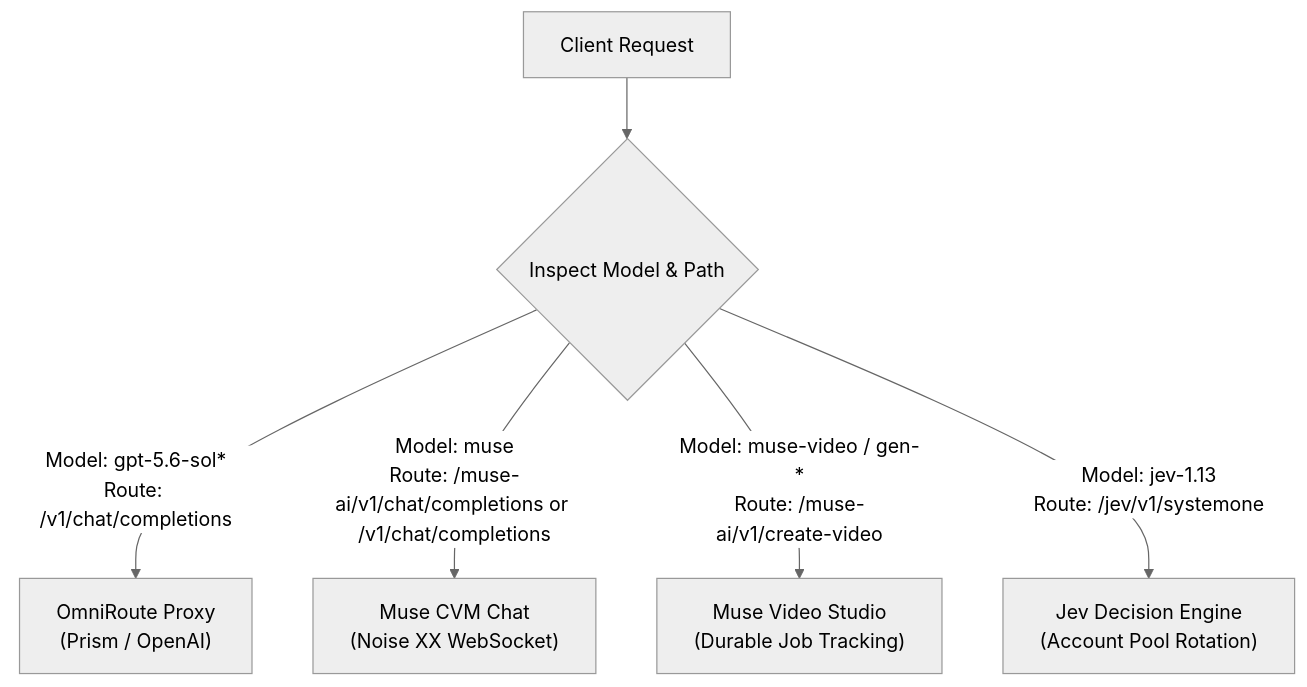
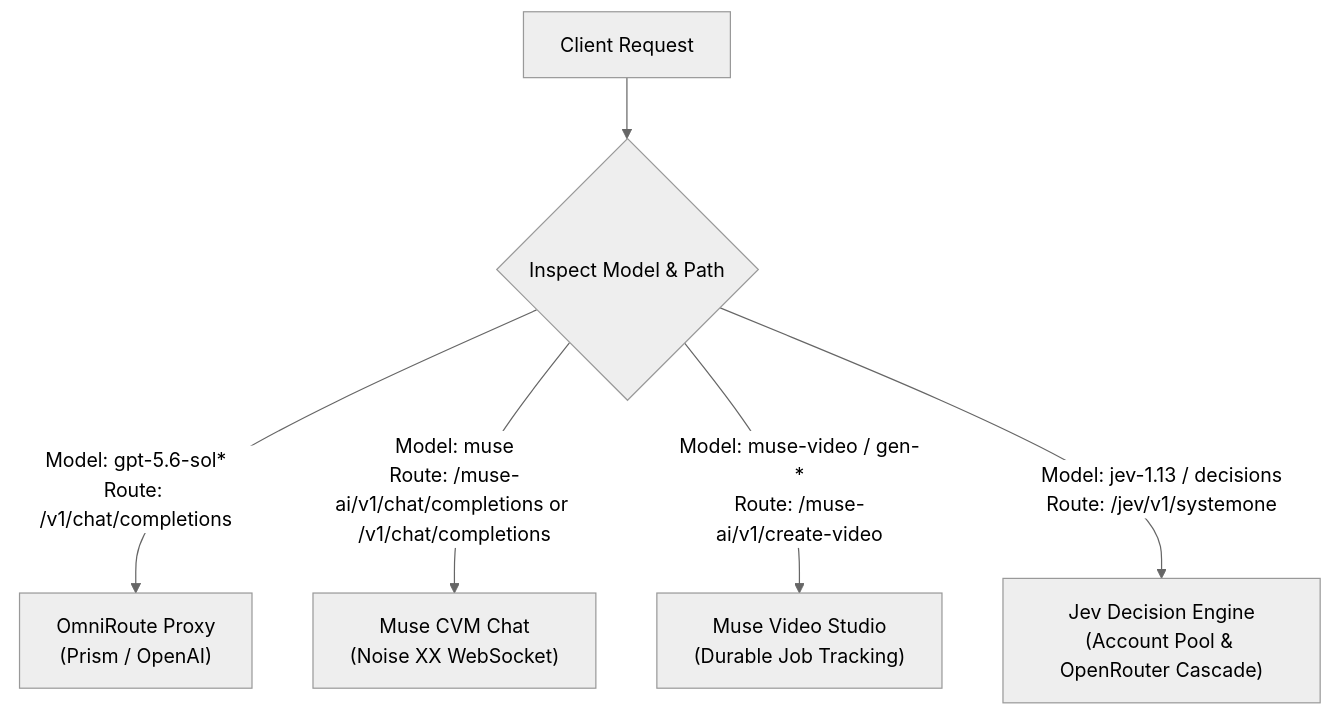
Before and after one commit to giauphan/toolcase-gateway: the diagram in docs/MODELS.md, drawn with Mermaid (neutral theme). The commit also changed other lines of this file and 1 other file, not shown here.

Commit message:
docs(jev): document OpenRouter decision API keys, 4-tier cascade, and model routing

````diff
--- a/docs/MODELS.md
+++ b/docs/MODELS.md
@@ -27,9 +27,9 @@
 ```mermaid
 graph TD
     Client["Client Request"] --> Router{"Inspect Model & Path"}
     
     Router -->|"Model: gpt-5.6-sol*<br>Route: /v1/chat/completions"| OmniRoute["OmniRoute Proxy<br>(Prism / OpenAI)"]
     Router -->|"Model: muse<br>Route: /muse-ai/v1/chat/completions or /v1/chat/completions"| MuseChat["Muse CVM Chat<br>(Noise XX WebSocket)"]
     Router -->|"Model: muse-video / gen-*<br>Route: /muse-ai/v1/create-video"| MuseVideo["Muse Video Studio<br>(Durable Job Tracking)"]
-    Router -->|"Model: jev-1.13<br>Route: /jev/v1/systemone"| JevEngine["Jev Decision Engine<br>(Account Pool Rotation)"]
+    Router -->|"Model: jev-1.13 / decisions<br>Route: /jev/v1/systemone"| JevEngine["Jev Decision Engine<br>(Account Pool & OpenRouter Cascade)"]
 ```
````
